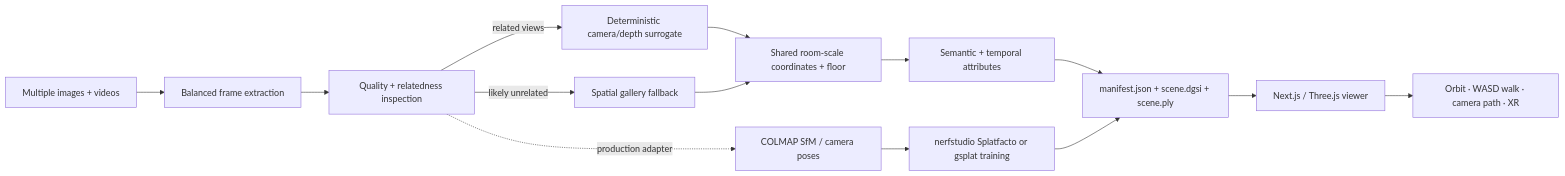
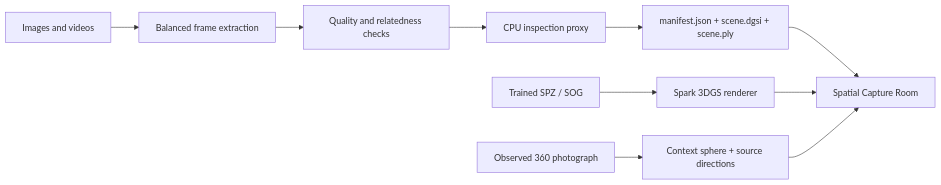
The diagram in README.md (MarinJursic/dynamic-gaussian-scene-intelligence), drawn with Mermaid before and after one commit. The commit also changed other lines of this file and 49 other files, not shown here.

Commit message:
Add photorealistic spatial capture workflow

````diff
--- a/README.md
+++ b/README.md
@@ -82,17 +69,14 @@
 ```mermaid
 flowchart LR
-    A["Multiple images + videos"] --> B["Balanced frame extraction"]
-    B --> C["Quality + relatedness inspection"]
-    C -->|related views| D["Deterministic camera/depth surrogate"]
-    C -->|likely unrelated| E["Spatial gallery fallback"]
-    D --> F["Shared room-scale coordinates + floor"]
-    E --> F
-    F --> G["Semantic + temporal attributes"]
-    G --> H["manifest.json + scene.dgsi + scene.ply"]
-    H --> I["Next.js / Three.js viewer"]
-    I --> L["Orbit · WASD walk · camera path · XR"]
+    A["Images and videos"] --> B["Balanced frame extraction"]
+    B --> C["Quality and relatedness checks"]
+    C --> D["CPU inspection proxy"]
+    D --> E["manifest.json + scene.dgsi + scene.ply"]
+    E --> F["Spatial Capture Room"]
 
-    C -. production adapter .-> J["COLMAP SfM / camera poses"]
-    J --> K["nerfstudio Splatfacto or gsplat training"]
-    K --> H
+    G["Trained SPZ / SOG"] --> H["Spark 3DGS renderer"]
+    H --> F
+
+    I["Observed 360 photograph"] --> J["Context sphere + source directions"]
+    J --> F
 ```
````
